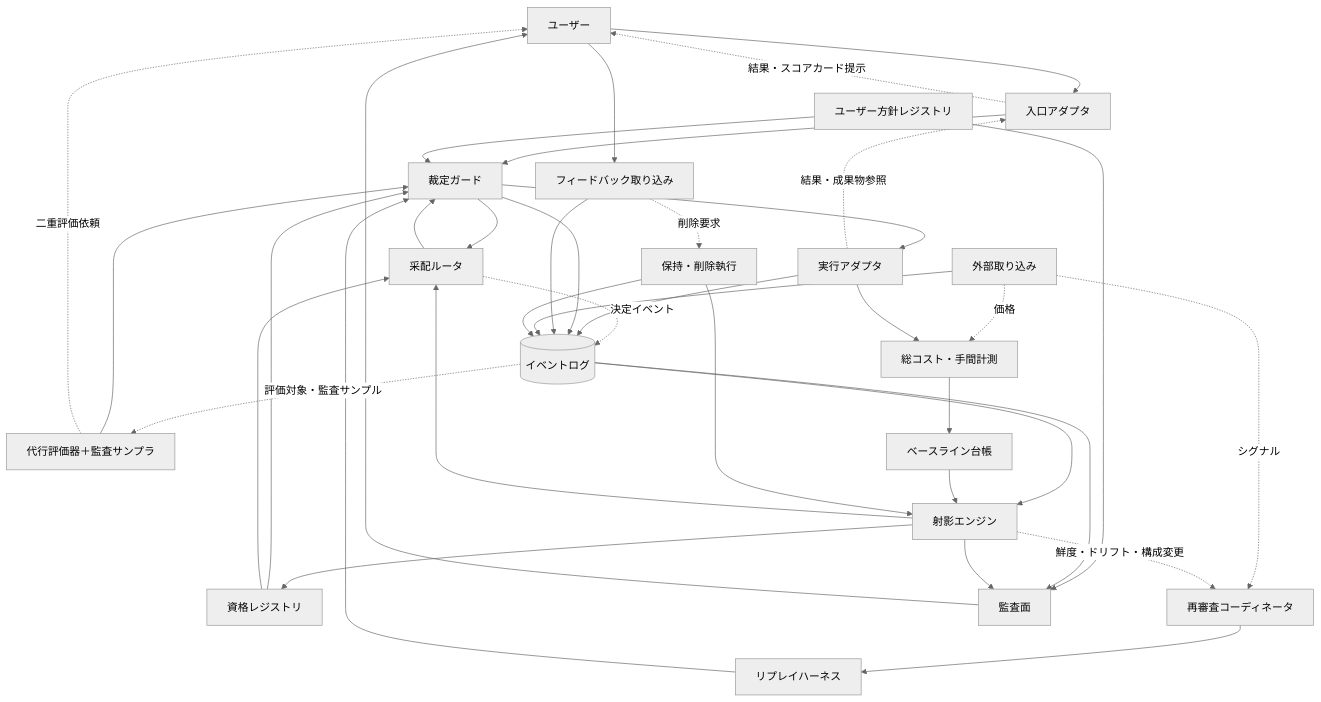
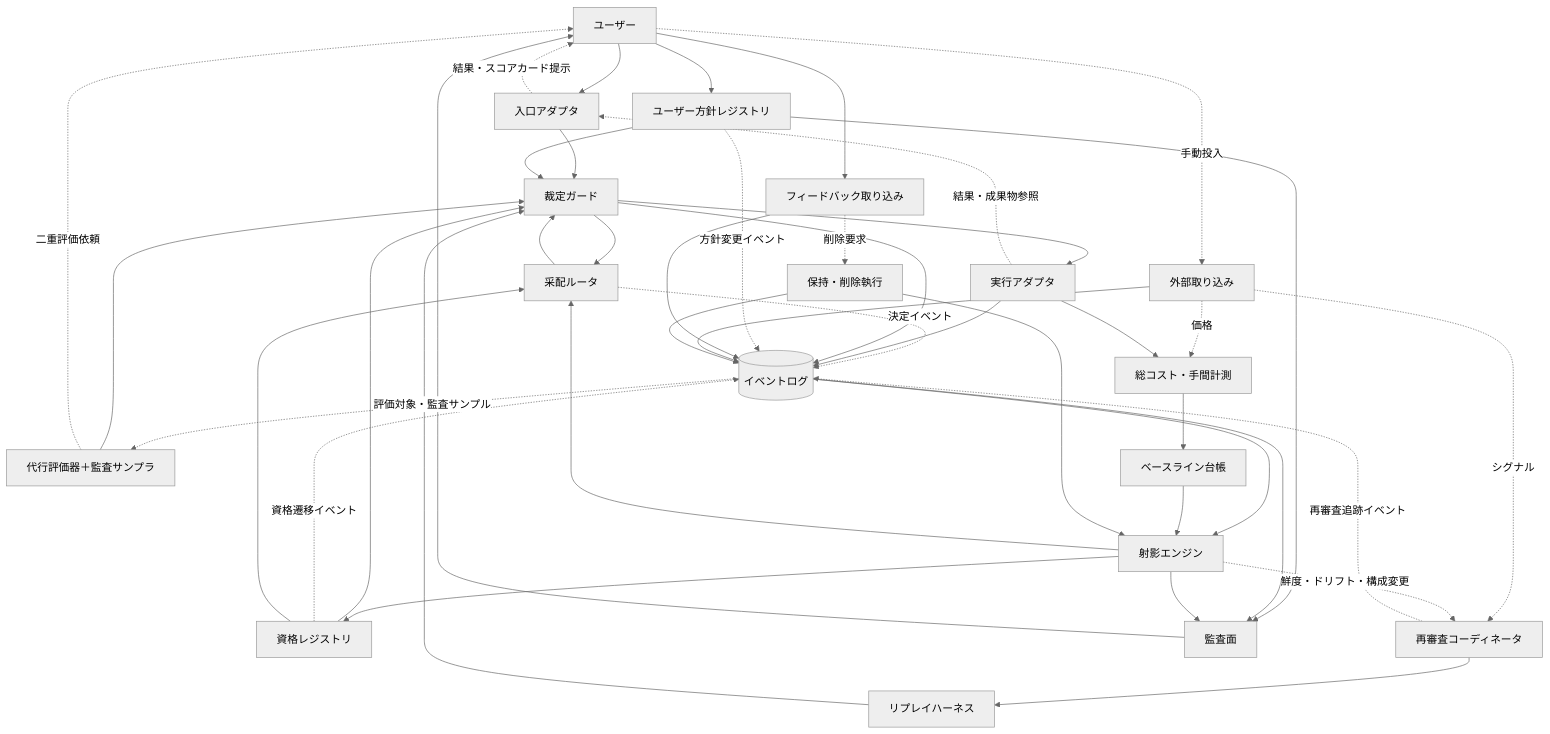
Before and after one commit to megumish/agent-dock: the diagram in DESIGN.md, drawn with Mermaid (neutral theme).

Commit message:
Add missing event-recording and user-input edges to the overview diagram
Show policy-change, qualification-transition, and reexamination-tracking
events flowing into the event log, and user input into the policy registry
and external intake, matching what the text already mandates.

````diff
--- a/DESIGN.md
+++ b/DESIGN.md
@@ -43,40 +43,45 @@
 ```mermaid
 graph TD
     U[ユーザー] --> E[入口アダプタ]
     U --> FB[フィードバック取り込み]
     E --> G[裁定ガード]
     G --> R[采配ルータ]
     R --> G
     R -. 決定イベント .-> LOG
     G --> RUN[実行アダプタ]
     RUN -. 結果・成果物参照 .-> E
     E -. 結果・スコアカード提示 .-> U
     RUN --> LOG[(イベントログ)]
     G --> LOG
-    UP[ユーザー方針レジストリ] --> G
+    U --> UP[ユーザー方針レジストリ]
+    UP --> G
+    UP -. 方針変更イベント .-> LOG
     QR[資格レジストリ] --> G
+    QR -. 資格遷移イベント .-> LOG
     FB --> LOG
     FB -. 削除要求 .-> RD
     LOG -. 評価対象・監査サンプル .-> PX[代行評価器＋監査サンプラ]
     PX --> G
     PX -. 二重評価依頼 .-> U
     RP[リプレイハーネス] --> G
     EXT[外部取り込み] --> LOG
+    U -. 手動投入 .-> EXT
     EXT -. 価格 .-> CM
     EXT -. シグナル .-> RC
     PRJ -. 鮮度・ドリフト・構成変更 .-> RC[再審査コーディネータ]
+    RC -. 再審査追跡イベント .-> LOG
     RC --> RP
     LOG --> PRJ[射影エンジン]
     BL[ベースライン台帳] --> PRJ
     RUN --> CM[総コスト・手間計測]
     CM --> BL
     PRJ --> QR
     PRJ --> R
     QR --> R
     RD[保持・削除執行] --> LOG
     RD --> PRJ
     UP --> AV[監査面]
     LOG --> AV
     PRJ --> AV
     AV --> U
 ```
````
